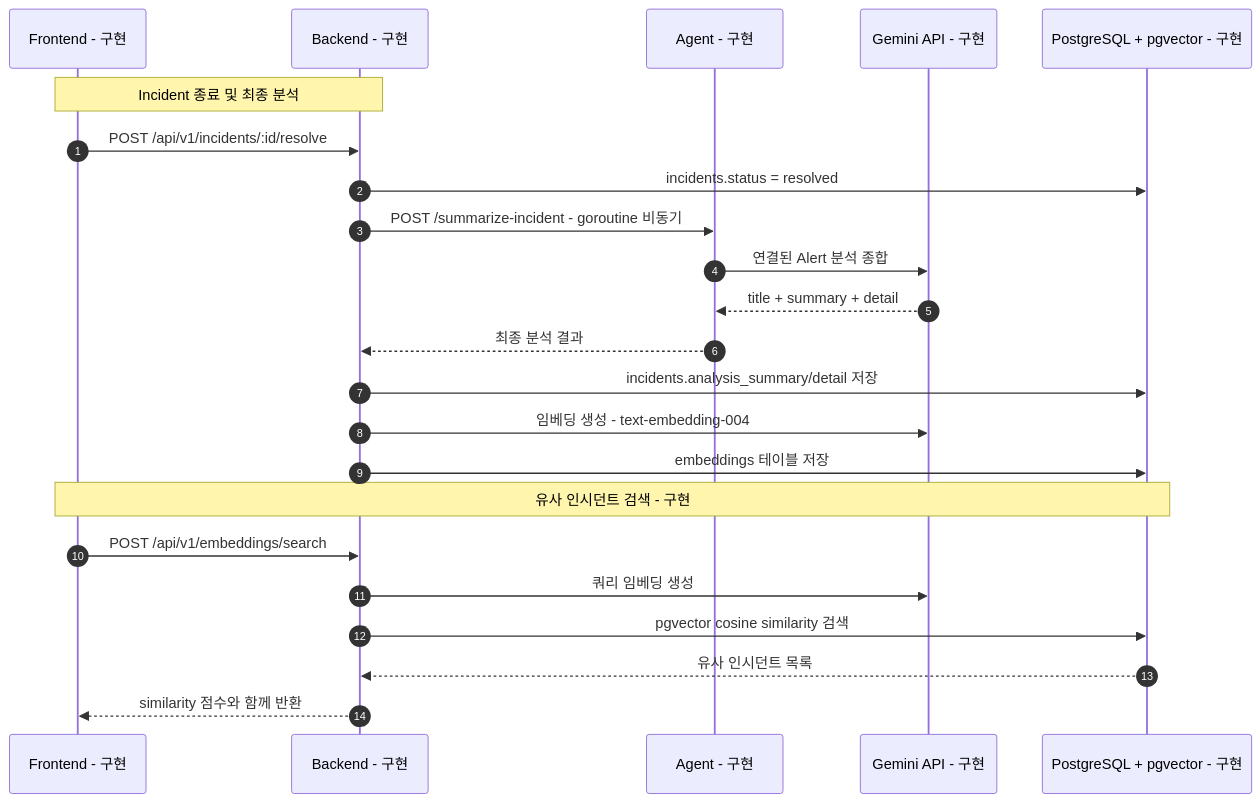
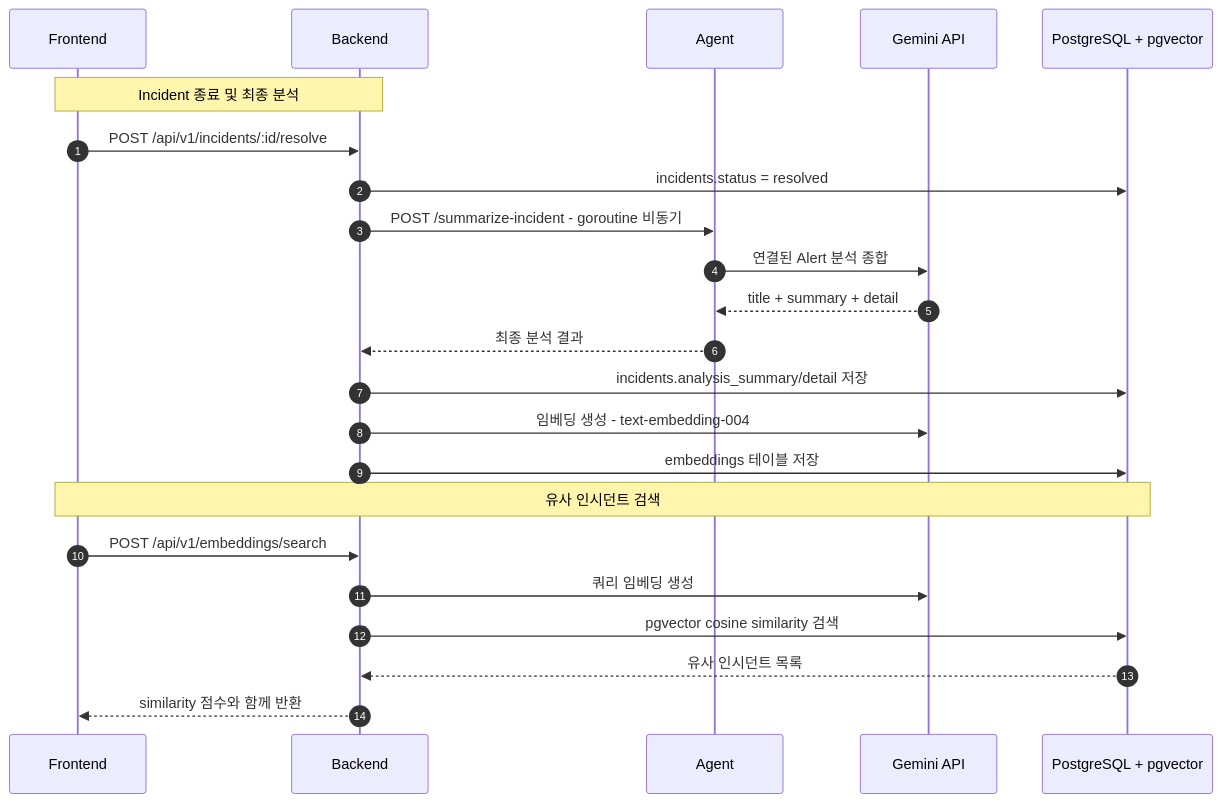
Before and after one commit to kube-rca/kuberca: the diagram in docs/diagrams/incident_analysis_sequence_diagram.md, drawn with Mermaid. The commit also changed 5 other files, not shown here.

Commit message:
docs: remove implementation status markers from diagrams and docs

````diff
--- a/docs/diagrams/incident_analysis_sequence_diagram.md
+++ b/docs/diagrams/incident_analysis_sequence_diagram.md
@@ -1,27 +1,27 @@
 ```mermaid
 sequenceDiagram
   autonumber
-  participant FE as Frontend - 구현
-  participant BE as Backend - 구현
-  participant AG as Agent - 구현
-  participant LLM as Gemini API - 구현
-  participant DB as PostgreSQL + pgvector - 구현
+  participant FE as Frontend
+  participant BE as Backend
+  participant AG as Agent
+  participant LLM as Gemini API
+  participant DB as PostgreSQL + pgvector
 
   Note over FE,BE: Incident 종료 및 최종 분석
   FE->>BE: POST /api/v1/incidents/:id/resolve
   BE->>DB: incidents.status = resolved
   BE->>AG: POST /summarize-incident - goroutine 비동기
   AG->>LLM: 연결된 Alert 분석 종합
   LLM-->>AG: title + summary + detail
   AG-->>BE: 최종 분석 결과
   BE->>DB: incidents.analysis_summary/detail 저장
   BE->>LLM: 임베딩 생성 - text-embedding-004
   BE->>DB: embeddings 테이블 저장
 
-  Note over FE,DB: 유사 인시던트 검색 - 구현
+  Note over FE,DB: 유사 인시던트 검색
   FE->>BE: POST /api/v1/embeddings/search
   BE->>LLM: 쿼리 임베딩 생성
   BE->>DB: pgvector cosine similarity 검색
   DB-->>BE: 유사 인시던트 목록
   BE-->>FE: similarity 점수와 함께 반환
 ```
````
